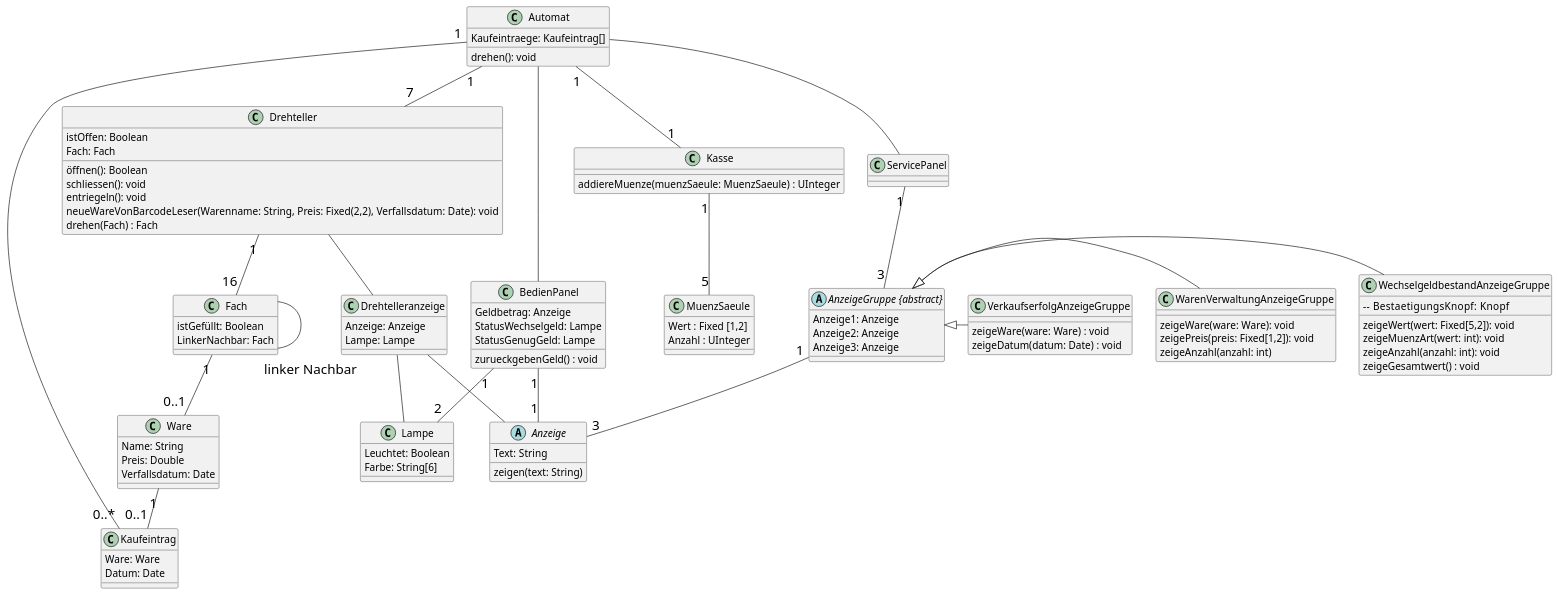
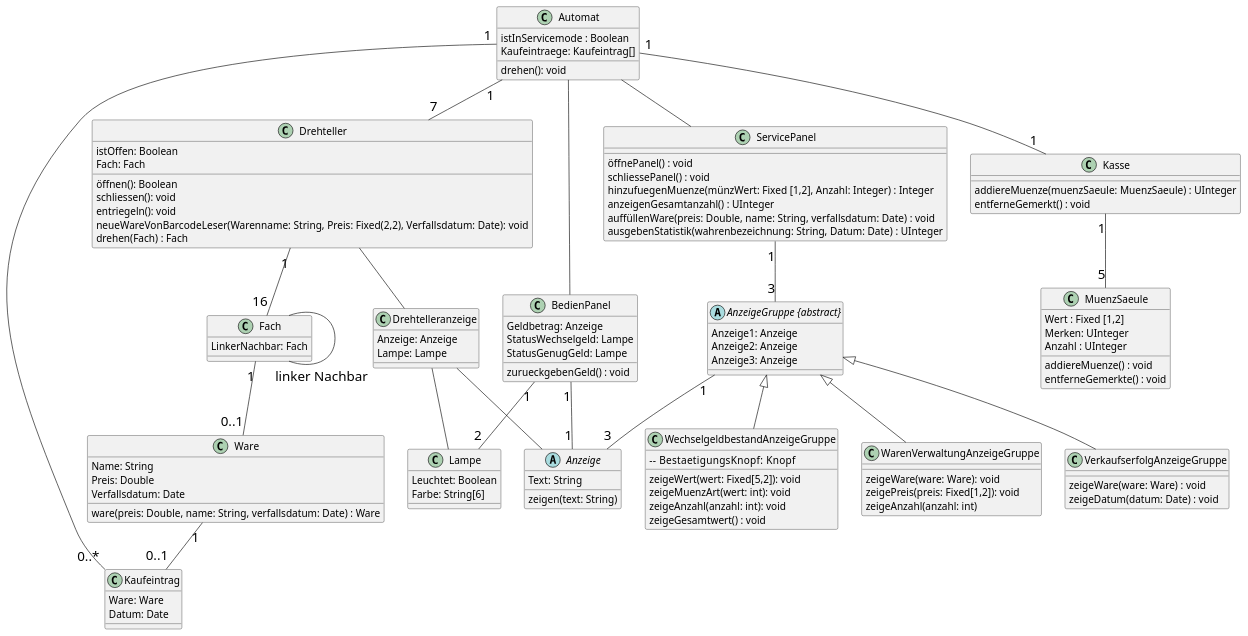
One commit to egoat/MAS-SE22_Warenautomat2022_Analyse changed the second of 4 diagrams in Warenautomat.md. Above: the diagram before and after it, drawn with PlantUML. The commit also changed other lines of this file, not shown here.

Commit message:
Update Klassendiagramm

````diff
--- a/Warenautomat.md
+++ b/Warenautomat.md
@@ -86,6 +87,7 @@
 
 class Automat {
     drehen(): void
+    istInServicemode : Boolean
     Kaufeintraege: Kaufeintrag[]
 }
 
@@ -101,7 +103,6 @@
 
 
 class Fach {
-    istGefüllt: Boolean
     LinkerNachbar: Fach
 }
 
@@ -109,6 +110,7 @@
     Name: String
     Preis: Double
     Verfallsdatum: Date
+    ware(preis: Double, name: String, verfallsdatum: Date) : Ware
 }
 
 class Kaufeintrag {
@@ -118,11 +120,15 @@
 
 class Kasse {
     addiereMuenze(muenzSaeule: MuenzSaeule) : UInteger
+    entferneGemerkt() : void
 }
 
 class MuenzSaeule {
     Wert : Fixed [1,2]
+    Merken: UInteger
     Anzahl : UInteger
+    addiereMuenze() : void
+    entferneGemerkte() : void
 }
 
 class Drehtelleranzeige {
@@ -137,7 +143,14 @@
     zurueckgebenGeld() : void
 }
 
-class ServicePanel{}
+class ServicePanel{
+    öffnePanel() : void
+    schliessePanel() : void
+    hinzufuegenMuenze(münzWert: Fixed [1,2], Anzahl: Integer) : Integer
+    anzeigenGesamtanzahl() : UInteger
+    auffüllenWare(preis: Double, name: String, verfallsdatum: Date) : void
+    ausgebenStatistik(wahrenbezeichnung: String, Datum: Date) : UInteger
+}
 
 abstract "AnzeigeGruppe {abstract}"{
     Anzeige1: Anzeige
@@ -192,9 +205,9 @@
 BedienPanel "1" -- "1" Anzeige
 BedienPanel "1" -- "2" Lampe
 "AnzeigeGruppe {abstract}" "1" -- "3" Anzeige
-"AnzeigeGruppe {abstract}" <|- WechselgeldbestandAnzeigeGruppe
-"AnzeigeGruppe {abstract}" <|- WarenVerwaltungAnzeigeGruppe
-"AnzeigeGruppe {abstract}" <|- VerkaufserfolgAnzeigeGruppe
+"AnzeigeGruppe {abstract}" <|-- WechselgeldbestandAnzeigeGruppe
+"AnzeigeGruppe {abstract}" <|-- WarenVerwaltungAnzeigeGruppe
+"AnzeigeGruppe {abstract}" <|-- VerkaufserfolgAnzeigeGruppe
 
 @enduml
 ```
````
